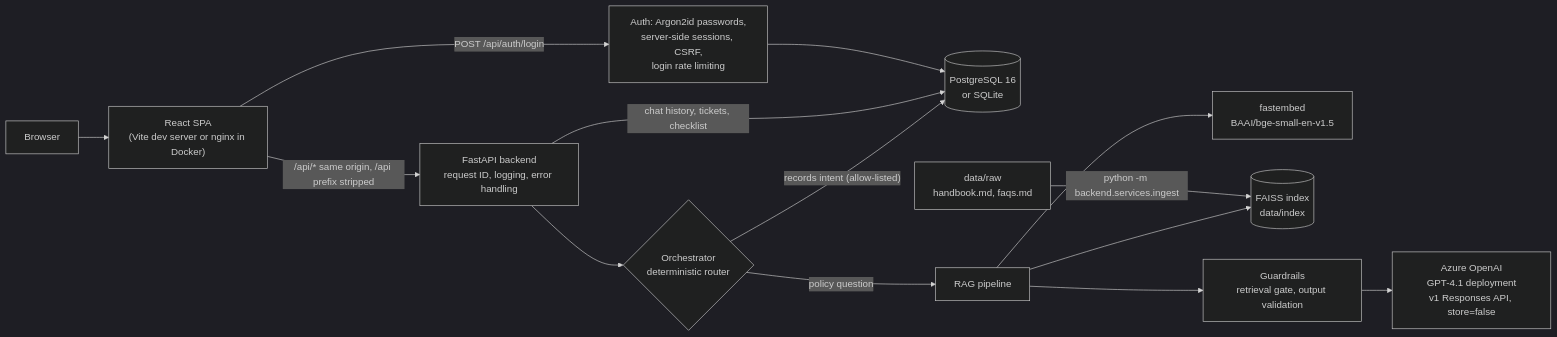
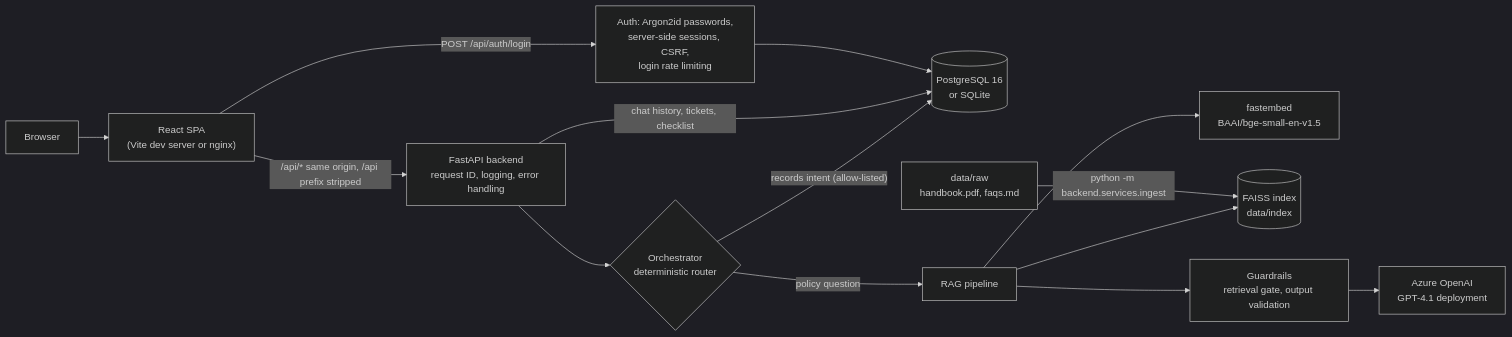
One commit to Eliksha/employee-onboarding-assistant changed the diagram in README.md. Above: the diagram before and after it, drawn with Mermaid (dark theme). The commit also changed other lines of this file and 13 other files, not shown here.

Commit message:
Finalize repository documentation and architecture

````diff
--- a/README.md
+++ b/README.md
@@ -65,16 +98,16 @@
 ```mermaid
 flowchart LR
-    user["Browser"] --> fe["React SPA<br/>(Vite dev server or nginx in Docker)"]
+    user["Browser"] --> fe["React SPA<br/>(Vite dev server or nginx)"]
     fe -->|"/api/* same origin, /api prefix stripped"| api["FastAPI backend<br/>request ID, logging, error handling"]
     api --> orch{"Orchestrator<br/>deterministic router"}
     orch -->|"records intent (allow-listed)"| edb[("PostgreSQL 16<br/>or SQLite")]
     orch -->|"policy question"| rag["RAG pipeline"]
     rag --> emb["fastembed<br/>BAAI/bge-small-en-v1.5"]
     rag --> idx[("FAISS index<br/>data/index")]
     rag --> guard["Guardrails<br/>retrieval gate, output validation"]
-    guard --> llm["Azure OpenAI<br/>GPT-4.1 deployment<br/>v1 Responses API, store=false"]
+    guard --> llm["Azure OpenAI<br/>GPT-4.1 deployment"]
     api -->|"chat history, tickets, checklist"| edb
     fe -->|"POST /api/auth/login"| authn["Auth: Argon2id passwords,<br/>server-side sessions, CSRF,<br/>login rate limiting"]
     authn --> edb
-    raw["data/raw<br/>handbook.md, faqs.md"] -->|"python -m backend.services.ingest"| idx
+    raw["data/raw<br/>handbook.pdf, faqs.md"] -->|"python -m backend.services.ingest"| idx
 ```
````
